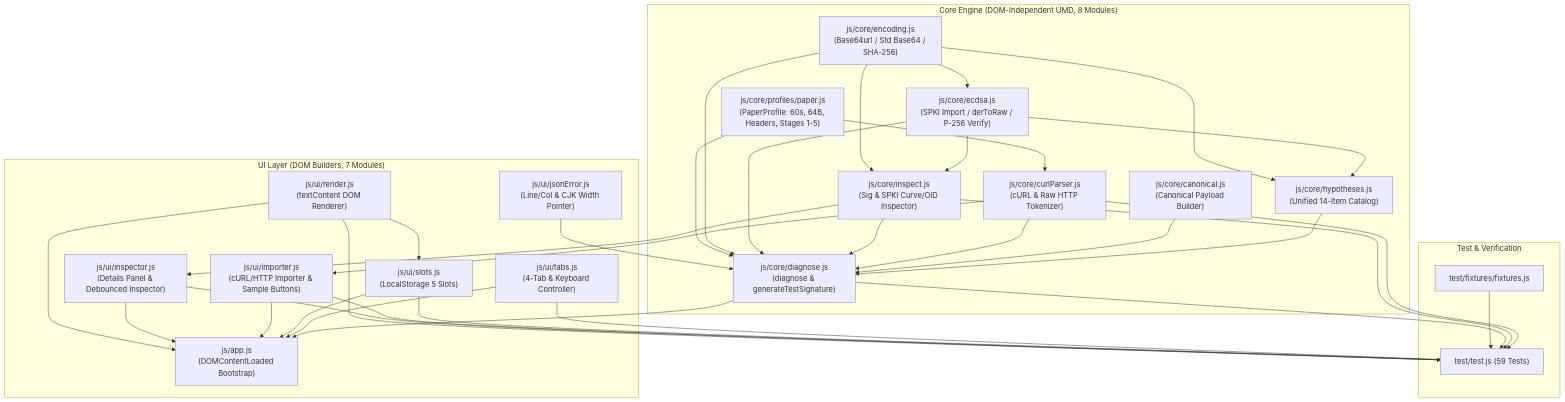
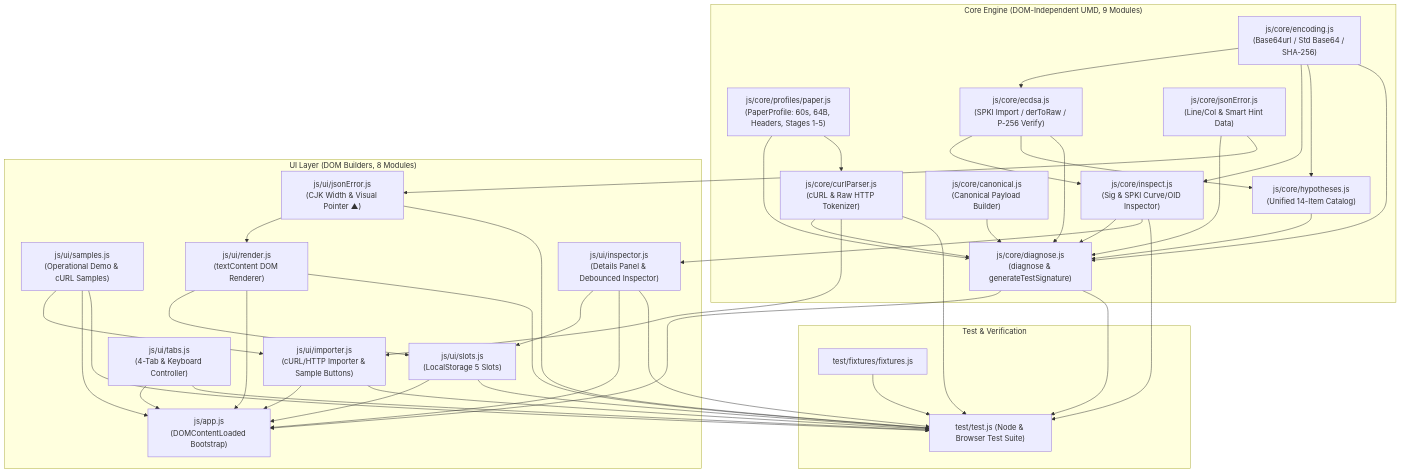
One commit to altdmfk/pop-diagnoser changed the first of 2 diagrams in README.md. Above: the diagram before and after it, drawn with Mermaid. The commit also changed other lines of this file and 25 other files, not shown here.

````diff
--- a/README.md
+++ b/README.md
@@ -66,62 +66,71 @@
 ```mermaid
 flowchart TD
-    subgraph Browser_or_Node["Core Engine (DOM-Independent UMD, 8 Modules)"]
+    subgraph Browser_or_Node["Core Engine (DOM-Independent UMD, 9 Modules)"]
         Profile["js/core/profiles/paper.js<br/>(PaperProfile: 60s, 64B, Headers, Stages 1-5)"]
         Encoding["js/core/encoding.js<br/>(Base64url / Std Base64 / SHA-256)"]
         ECDSA["js/core/ecdsa.js<br/>(SPKI Import / derToRaw / P-256 Verify)"]
         Inspect["js/core/inspect.js<br/>(Sig & SPKI Curve/OID Inspector)"]
         CurlParser["js/core/curlParser.js<br/>(cURL & Raw HTTP Tokenizer)"]
         Canonical["js/core/canonical.js<br/>(Canonical Payload Builder)"]
         Hypotheses["js/core/hypotheses.js<br/>(Unified 14-Item Catalog)"]
+        CoreJsonError["js/core/jsonError.js<br/>(Line/Col & Smart Hint Data)"]
         Diagnose["js/core/diagnose.js<br/>(diagnose & generateTestSignature)"]
 
         Profile --> Diagnose
         Profile --> CurlParser
         Encoding --> ECDSA
         Encoding --> Inspect
         ECDSA --> Inspect
         Encoding --> Hypotheses
         ECDSA --> Hypotheses
         Encoding --> Diagnose
         ECDSA --> Diagnose
         Inspect --> Diagnose
         CurlParser --> Diagnose
         Canonical --> Diagnose
         Hypotheses --> Diagnose
+        CoreJsonError --> Diagnose
     end
 
-    subgraph UI_Layer["UI Layer (DOM Builders, 7 Modules)"]
-        JsonError["js/ui/jsonError.js<br/>(Line/Col & CJK Width Pointer)"]
+    subgraph UI_Layer["UI Layer (DOM Builders, 8 Modules)"]
+        Samples["js/ui/samples.js<br/>(Operational Demo & cURL Samples)"]
+        JsonError["js/ui/jsonError.js<br/>(CJK Width & Visual Pointer ▲)"]
         Render["js/ui/render.js<br/>(textContent DOM Renderer)"]
         InspectorUI["js/ui/inspector.js<br/>(Details Panel & Debounced Inspector)"]
         ImporterUI["js/ui/importer.js<br/>(cURL/HTTP Importer & Sample Buttons)"]
         Slots["js/ui/slots.js<br/>(LocalStorage 5 Slots)"]
         Tabs["js/ui/tabs.js<br/>(4-Tab & Keyboard Controller)"]
         App["js/app.js<br/>(DOMContentLoaded Bootstrap)"]
 
-        JsonError --> Diagnose
+        CoreJsonError --> JsonError
+        JsonError --> Render
+        Samples --> ImporterUI
+        Samples --> App
         Inspect --> InspectorUI
         CurlParser --> ImporterUI
         Render --> Slots
+        InspectorUI --> Slots
         Render --> App
         InspectorUI --> App
         ImporterUI --> App
         Slots --> App
         Tabs --> App
         Diagnose --> App
     end
 
     subgraph Test_Suite["Test & Verification"]
         Fixtures["test/fixtures/fixtures.js"]
-        TestJS["test/test.js (59 Tests)"]
+        TestJS["test/test.js (Node & Browser Test Suite)"]
         Fixtures --> TestJS
         Diagnose --> TestJS
         Inspect --> TestJS
         CurlParser --> TestJS
+        Samples --> TestJS
+        JsonError --> TestJS
         Render --> TestJS
         InspectorUI --> TestJS
         ImporterUI --> TestJS
         Slots --> TestJS
         Tabs --> TestJS
     end
 ```
````
